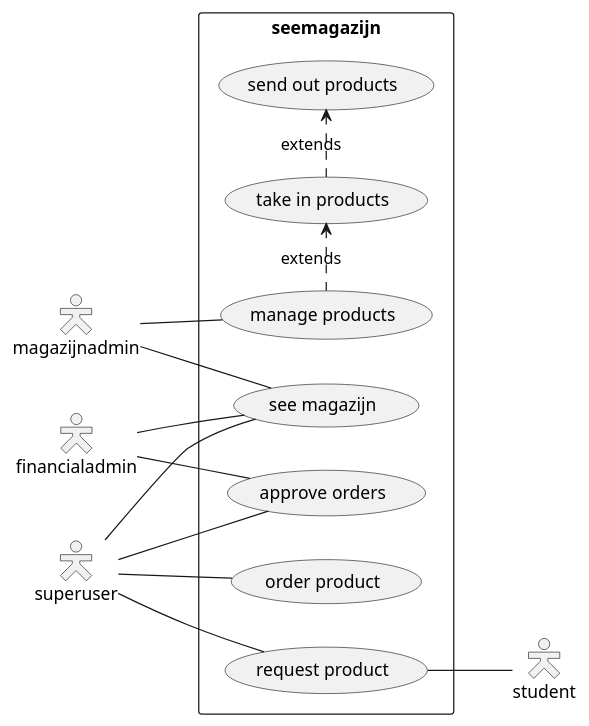
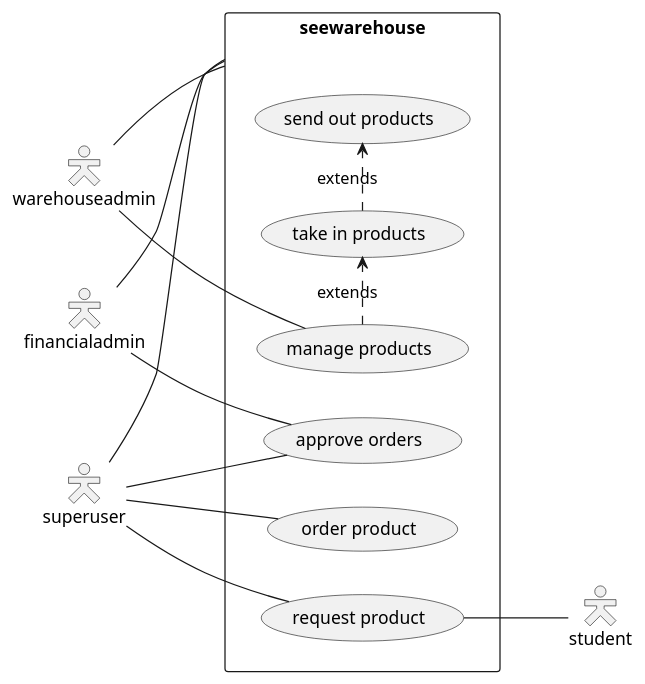
One commit to maricalexei/Project-MBOU-Magazijn changed the diagram in test.wsd. Above: the diagram before and after it, drawn with PlantUML.

Commit message:
changed magazijn to warehouse

```diff
--- a/test.wsd
+++ b/test.wsd
@@ -1,22 +1,22 @@
 @startuml
 left to right direction
 skinparam packageStyle rectangle
 skinparam actorStyle hollow
-actor magazijnadmin
+actor warehouseadmin
 actor superuser
 actor financialadmin
 actor student
-rectangle seemagazijn {
-    superuser -- (see magazijn)
+rectangle seewarehouse {
+    superuser -- (seewarehouse)
     superuser -- (order product)
     superuser -- (request product)
     superuser -- (approve orders)
-    financialadmin -- (see magazijn) 
+    financialadmin -- (seewarehouse) 
     financialadmin -- (approve orders)
-    (magazijnadmin) -- (see magazijn)
-    magazijnadmin -- (manage products)
+    (warehouseadmin) -- (seewarehouse)
+    warehouseadmin -- (manage products)
     (request product) -- student
     (manage products) .> (take in products) : extends
     (take in products) .> (send out products) : extends
 }
 @enduml
```
